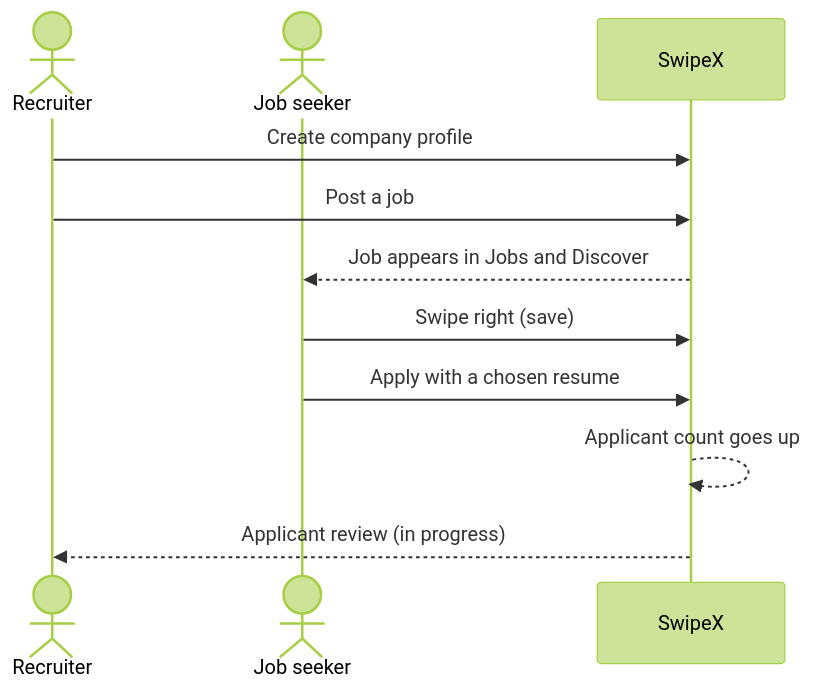
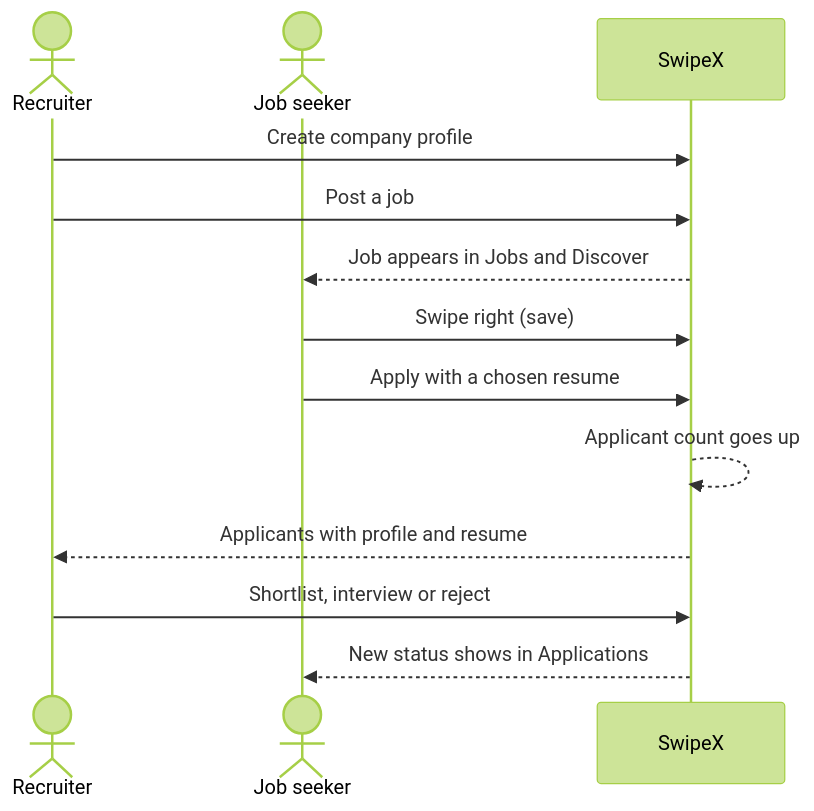
Before and after one commit to narasimha4576/swipeX: the third of 6 diagrams in README.md, drawn with Mermaid (forest theme). The commit also changed other lines of this file, not shown here.

Commit message:
Docs: update README for Day 14 (applicant review)

````diff
--- a/README.md
+++ b/README.md
@@ -130,14 +130,16 @@
 ```mermaid
 sequenceDiagram
     actor R as Recruiter
     actor S as Job seeker
     participant App as SwipeX
 
     R->>App: Create company profile
     R->>App: Post a job
     App-->>S: Job appears in Jobs and Discover
     S->>App: Swipe right (save)
     S->>App: Apply with a chosen resume
     App-->>App: Applicant count goes up
-    App-->>R: Applicant review (in progress)
+    App-->>R: Applicants with profile and resume
+    R->>App: Shortlist, interview or reject
+    App-->>S: New status shows in Applications
 ```
````
